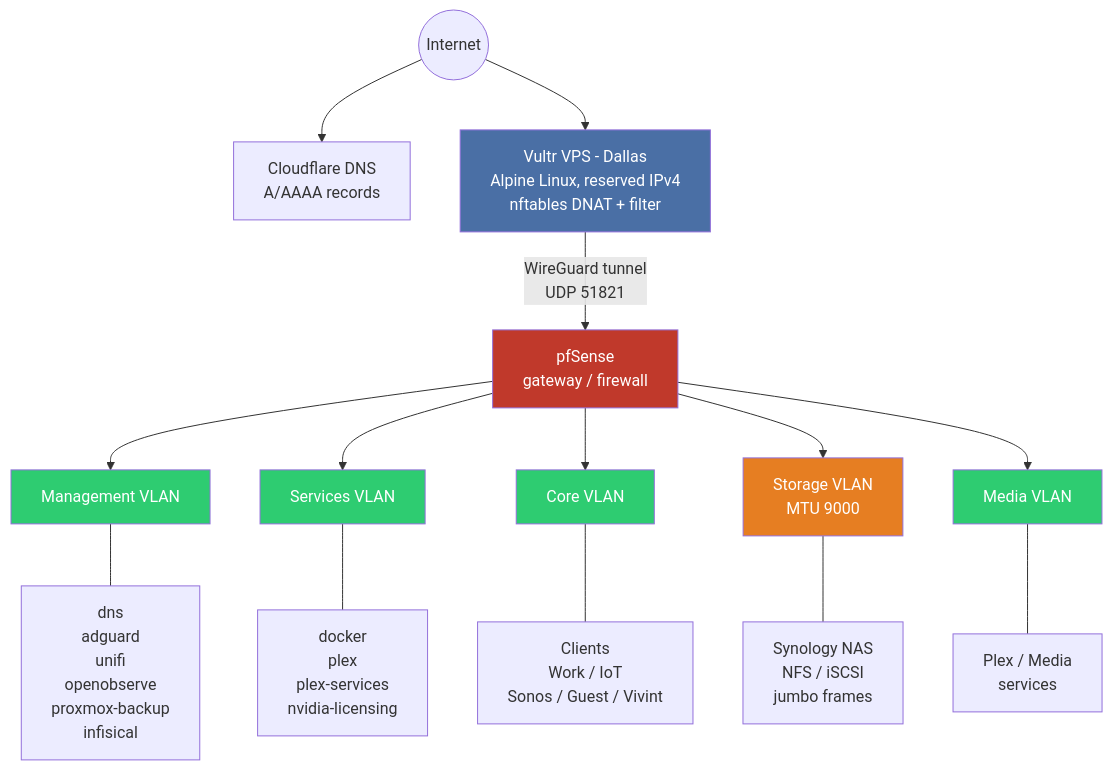
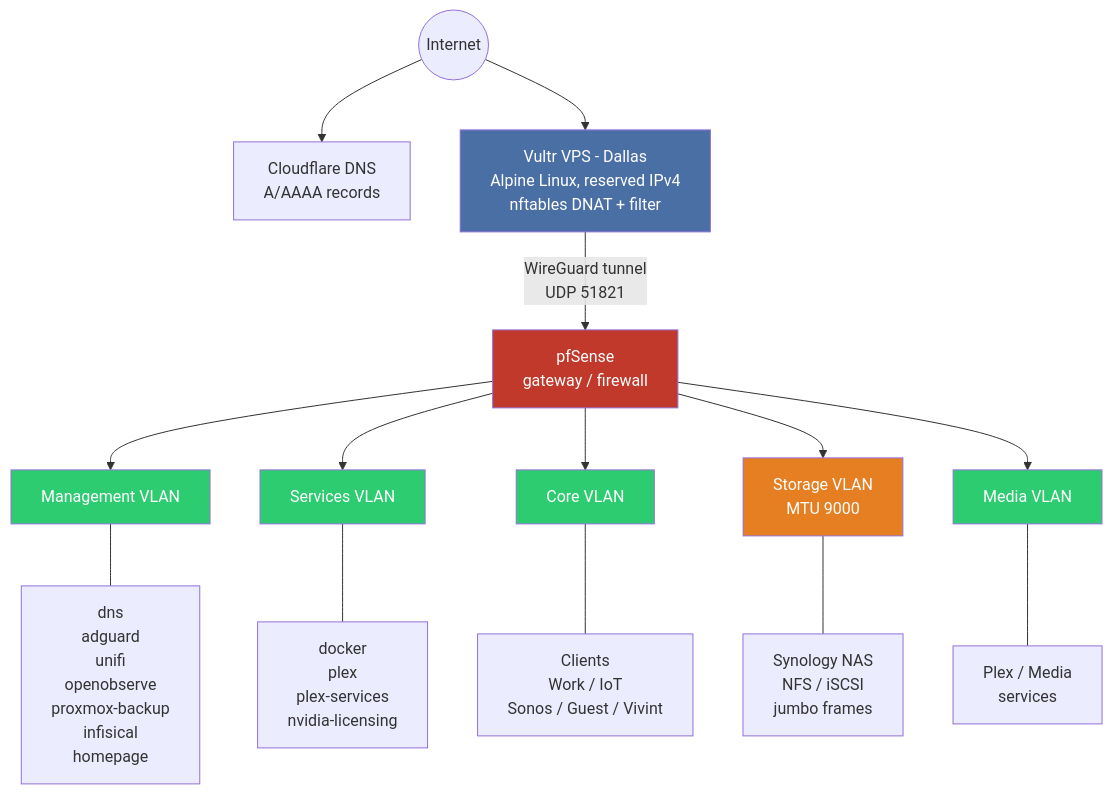
One commit to GoodOlClint/homelab changed the first of 5 diagrams in README.md. Above: the diagram before and after it, drawn with Mermaid. The commit also changed other lines of this file, not shown here.

````diff
--- a/README.md
+++ b/README.md
@@ -7,29 +7,29 @@
 ```mermaid
 graph TD
     Internet((Internet))
 
     Internet --> CF[Cloudflare DNS<br/>A/AAAA records]
     Internet --> VPS[Vultr VPS - Dallas<br/>Alpine Linux, reserved IPv4<br/>nftables DNAT + filter]
 
     VPS -->|WireGuard tunnel<br/>UDP 51821| PF[pfSense<br/>gateway / firewall]
 
     PF --> MGMT[Management VLAN]
     PF --> SVC[Services VLAN]
     PF --> CORE[Core VLAN]
     PF --> STOR[Storage VLAN<br/>MTU 9000]
     PF --> MEDIA[Media VLAN]
 
-    MGMT --- M1[dns<br/>adguard<br/>unifi<br/>openobserve<br/>proxmox-backup<br/>infisical]
+    MGMT --- M1[dns<br/>adguard<br/>unifi<br/>openobserve<br/>proxmox-backup<br/>infisical<br/>homepage]
     SVC --- S1[docker<br/>plex<br/>plex-services<br/>nvidia-licensing]
     CORE --- C1[Clients<br/>Work / IoT<br/>Sonos / Guest / Vivint]
     STOR --- ST1[Synology NAS<br/>NFS / iSCSI<br/>jumbo frames]
     MEDIA --- ME1[Plex / Media<br/>services]
 
     style VPS fill:#4a6fa5,color:#fff
     style PF fill:#c0392b,color:#fff
     style MGMT fill:#2ecc71,color:#fff
     style SVC fill:#2ecc71,color:#fff
     style CORE fill:#2ecc71,color:#fff
     style STOR fill:#e67e22,color:#fff
     style MEDIA fill:#2ecc71,color:#fff
 ```
````
